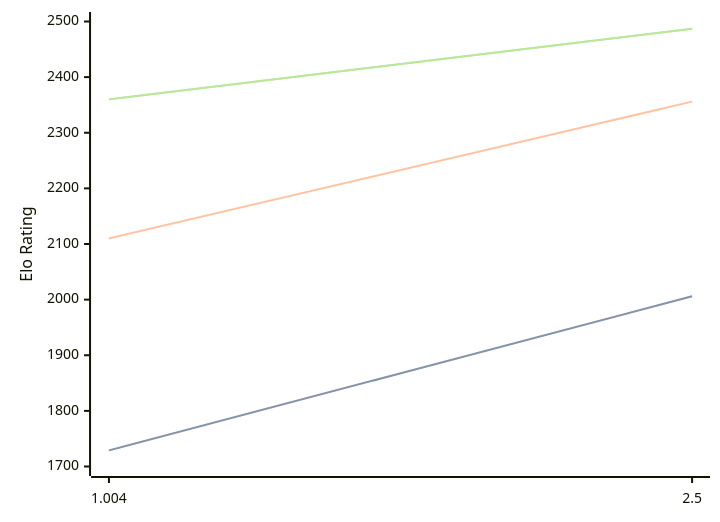
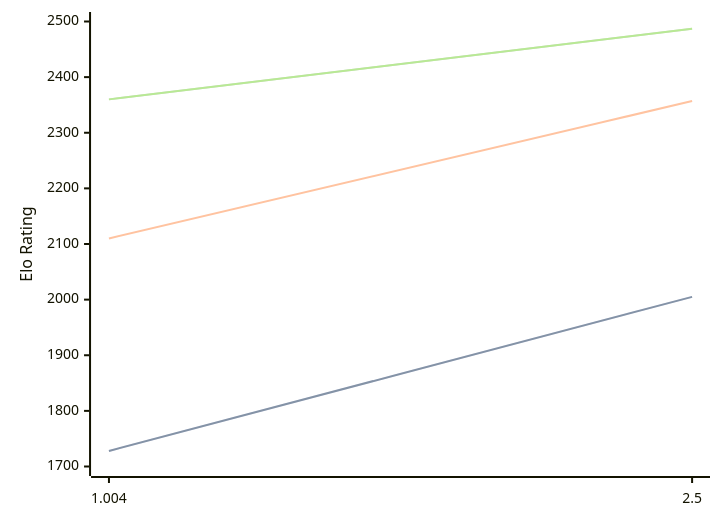
One commit to computer-chess-index/cci changed the diagram in engines/Ares.md. Above: the diagram before and after it, drawn with Mermaid. The commit also changed other lines of this file, not shown here.

Commit message:
Update CCI Ratings (ELO VLTC) - 2026-04-21

````diff
--- a/engines/Ares.md
+++ b/engines/Ares.md
@@ -32,11 +32,11 @@
 ```mermaid
 %%{init: {"theme":"base","themeVariables":{"seriesColors:['#a3a3a3','#222221','#faa371']}}}%%
 xychart-beta
   x-axis ["1.004", "2.5"]
   y-axis "Elo Rating" 1700 --> 2500
-  line "STC (8.0+0.08s)" [1729, 2006]
-  line "STC (8.0+0.08s)" [1729, 2006]
-  line "LTC (60.0+0.60s)" [2110, 2356]
+  line "STC (8.0+0.08s)" [1728, 2005]
+  line "STC (8.0+0.08s)" [1728, 2005]
+  line "LTC (60.0+0.60s)" [2110, 2357]
   line "VLTC (2m24s+1.12s)" [2360, 2487]
   line "VLTC (2m24s+1.12s)" [2360, 2487]
 ```
````
